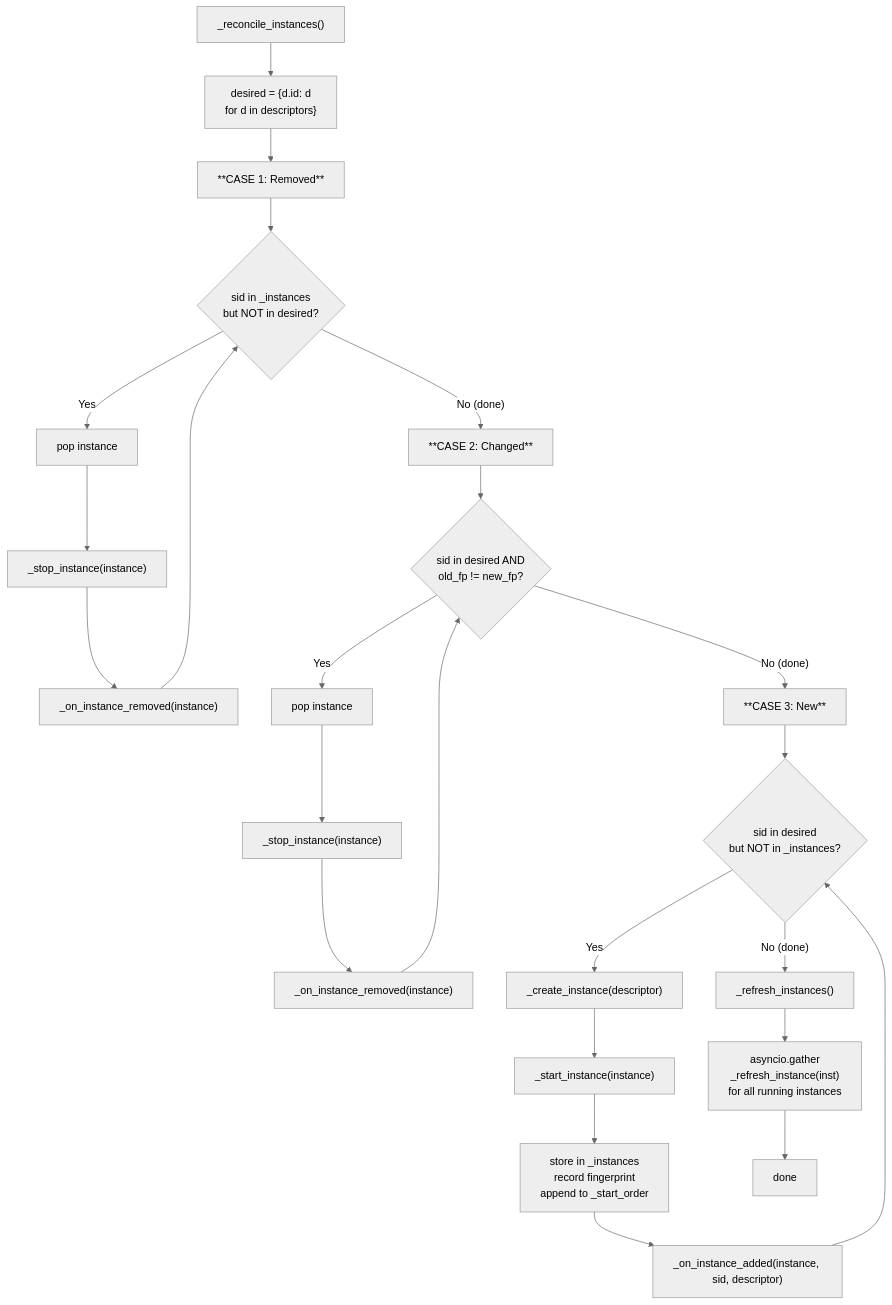
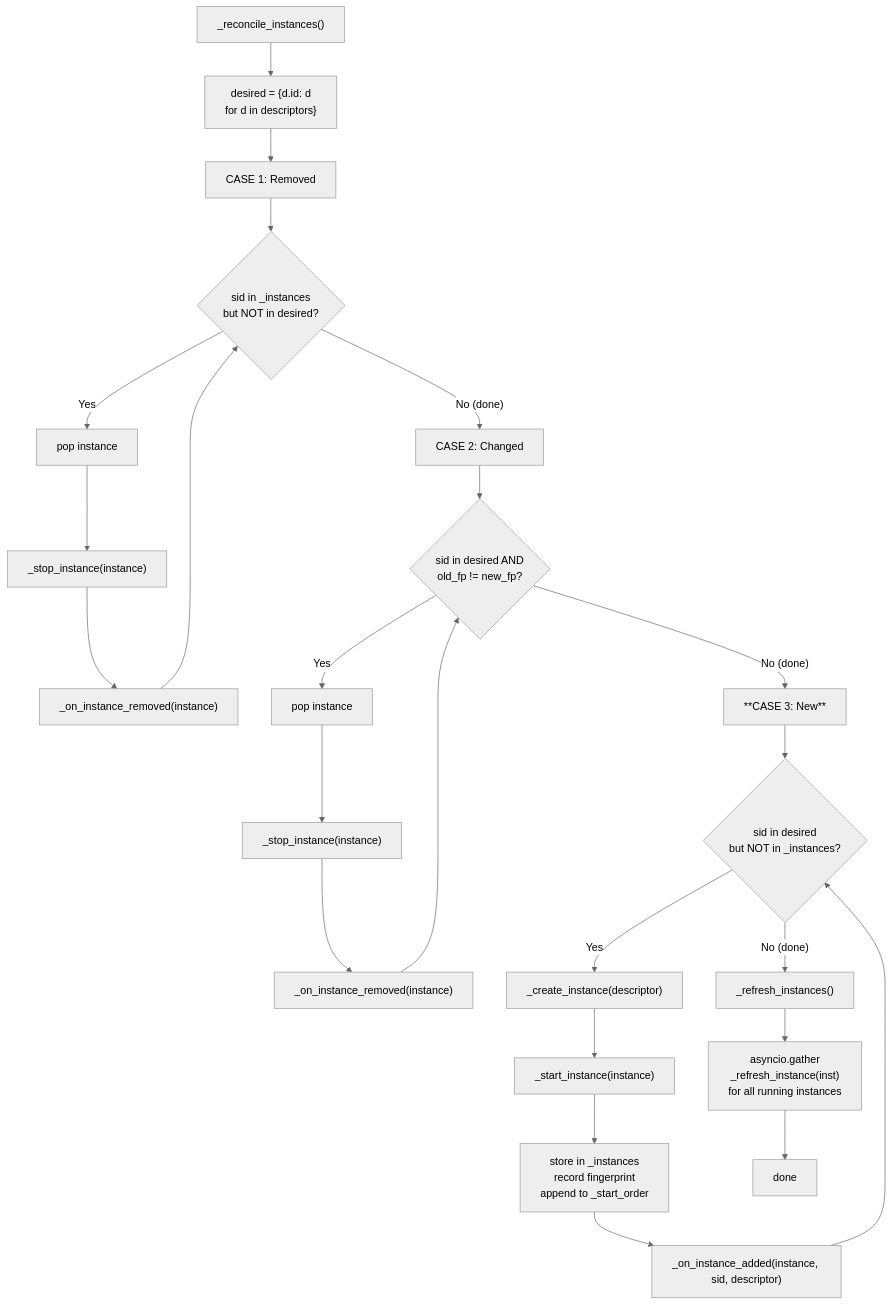
One commit to matrixd0t/commamatrix changed the tenth of 12 diagrams in visuals.md. Above: the diagram before and after it, drawn with Mermaid (neutral theme). The commit also changed other lines of this file and 36 other files, not shown here.

````diff
--- a/visuals.md
+++ b/visuals.md
@@ -496,29 +492,29 @@
 ```mermaid
 flowchart TD
     A["_reconcile_instances()"] --> B["desired = {d.id: d<br/>for d in descriptors}"]
-    B --> C["**CASE 1: Removed**"]
+    B --> C["CASE 1: Removed"]
 
     C --> D{"sid in _instances<br/>but NOT in desired?"}
     D -->|"Yes"| E["pop instance"]
     E --> F["_stop_instance(instance)"]
     F --> G["_on_instance_removed(instance)"]
     G --> D
-    D -->|"No (done)"| H["**CASE 2: Changed**"]
+    D -->|"No (done)"| H["CASE 2: Changed"]
 
     H --> I{"sid in desired AND<br/>old_fp != new_fp?"}
     I -->|"Yes"| J["pop instance"]
     J --> K["_stop_instance(instance)"]
     K --> L["_on_instance_removed(instance)"]
     L --> I
     I -->|"No (done)"| M["**CASE 3: New**"]
 
     M --> N{"sid in desired<br/>but NOT in _instances?"}
     N -->|"Yes"| O["_create_instance(descriptor)"]
     O --> P["_start_instance(instance)"]
     P --> Q["store in _instances<br/>record fingerprint<br/>append to _start_order"]
     Q --> R["_on_instance_added(instance, sid, descriptor)"]
     R --> N
     N -->|"No (done)"| S["_refresh_instances()"]
     S --> T["asyncio.gather<br/>_refresh_instance(inst)<br/>for all running instances"]
     T --> U["done"]
 ```
````
